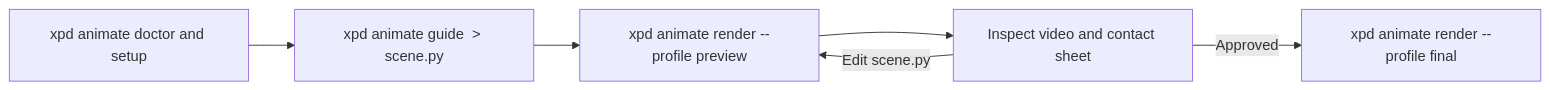
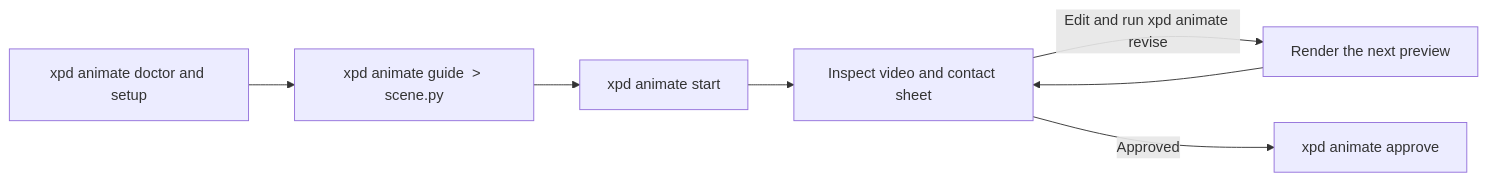
One commit to bjoernaagaard/xpd changed the diagram in website/src/content/docs/guides/animate.md. Above: the diagram before and after it, drawn with Mermaid. The commit also changed other lines of this file and 13 other files, not shown here.

Commit message:
Run animation preview, revision and approval as a durable workflow

````diff
--- a/website/src/content/docs/guides/animate.md
+++ b/website/src/content/docs/guides/animate.md
@@ -8,8 +8,9 @@
 ```mermaid
 flowchart LR
     A["xpd animate doctor and setup"] --> B["xpd animate guide <recipe> > scene.py"]
-    B --> C["xpd animate render --profile preview"]
+    B --> C["xpd animate start"]
     C --> D["Inspect video and contact sheet"]
-    D -->|Edit scene.py| C
-    D -->|Approved| E["xpd animate render --profile final"]
+    D -->|Edit and run xpd animate revise| P["Render the next preview"]
+    P --> D
+    D -->|Approved| E["xpd animate approve"]
 ```
````
